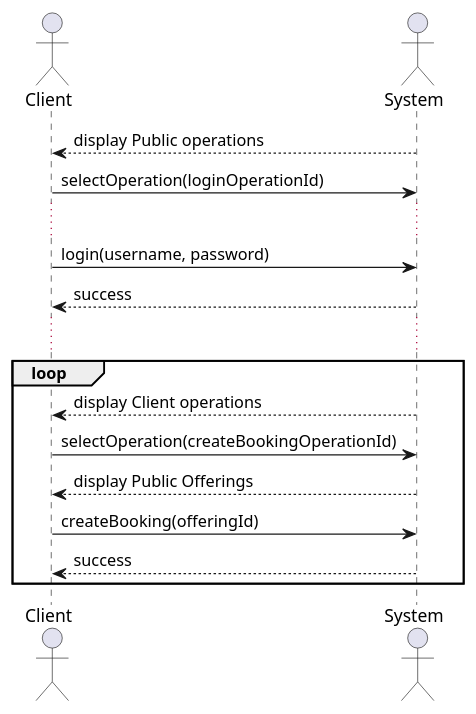
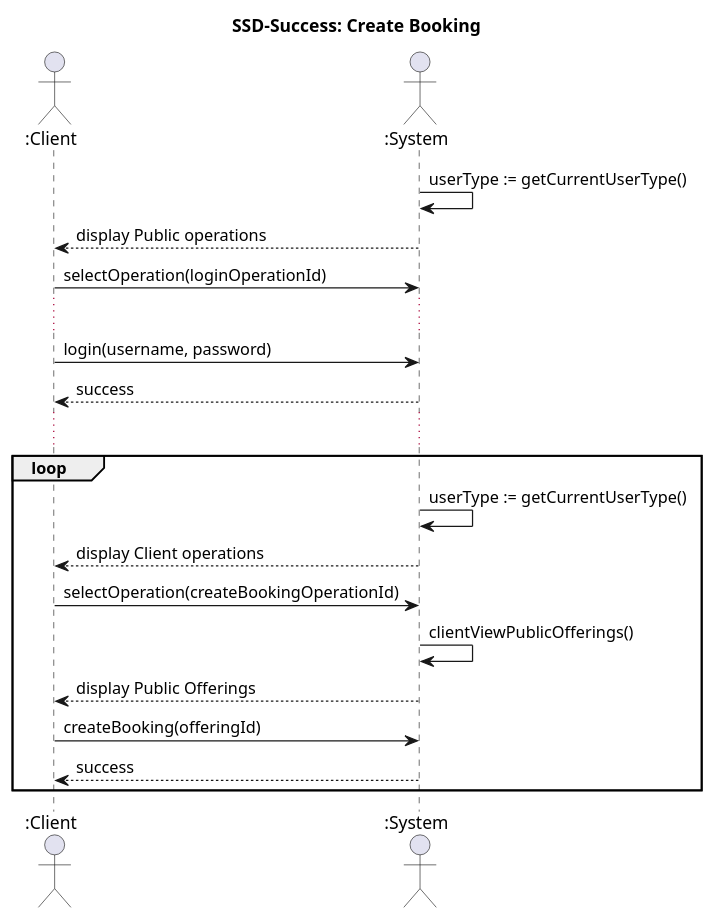
The diagram in diagrams/src/critical-use-cases/create-booking/success/SSD-success.pu (NathanGrenier/SOEN-342-Project), drawn with PlantUML before and after one commit. The commit also changed 12 other files, not shown here.

Commit message:
3: finished create Booking use case Diagrams

```diff
--- a/diagrams/src/critical-use-cases/create-booking/success/SSD-success.pu
+++ b/diagrams/src/critical-use-cases/create-booking/success/SSD-success.pu
@@ -1,22 +1,24 @@
 @startuml SSD-Success: Create Booking
+title SSD-Success: Create Booking
 
-actor Client
-actor System
+actor Client as ":Client"
+actor System as ":System"
 
-' TODO: Either add a note saying that the selectOperation() functions don't exists (they're just scanner inputs), or redo the diagram (Specifically the Terminal parts.)
-
+System -> System: userType := getCurrentUserType()
 Client <-- System: display Public operations
 Client -> System: selectOperation(loginOperationId)
 ...
 Client -> System: login(username, password)
 Client <-- System: success
 ...
 loop
+System -> System: userType := getCurrentUserType()
 Client <-- System: display Client operations
 Client -> System: selectOperation(createBookingOperationId)
+System -> System: clientViewPublicOfferings()
 Client <-- System: display Public Offerings
 Client -> System: createBooking(offeringId)
 Client <-- System: success
 end
 
 @enduml
```
